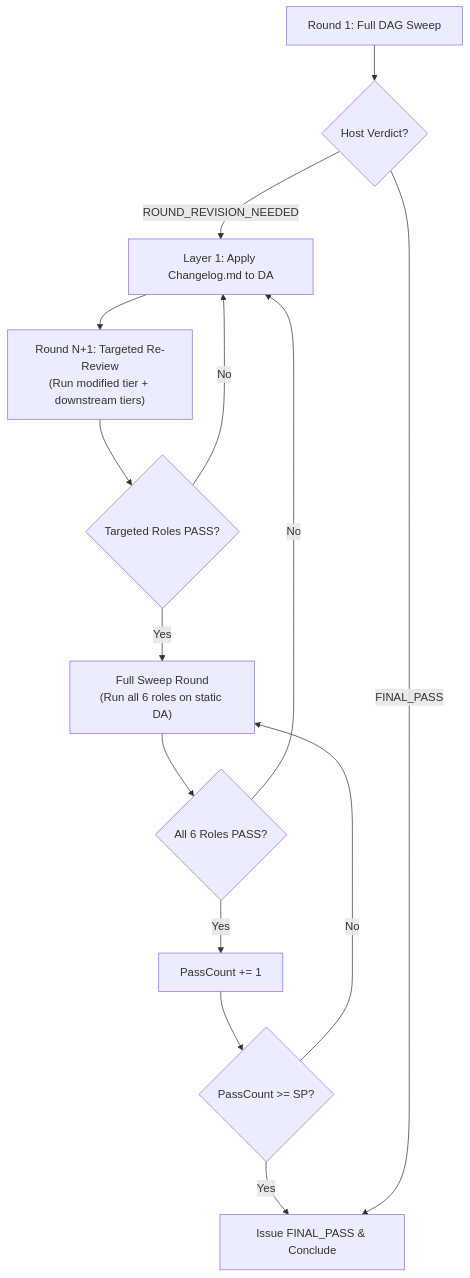
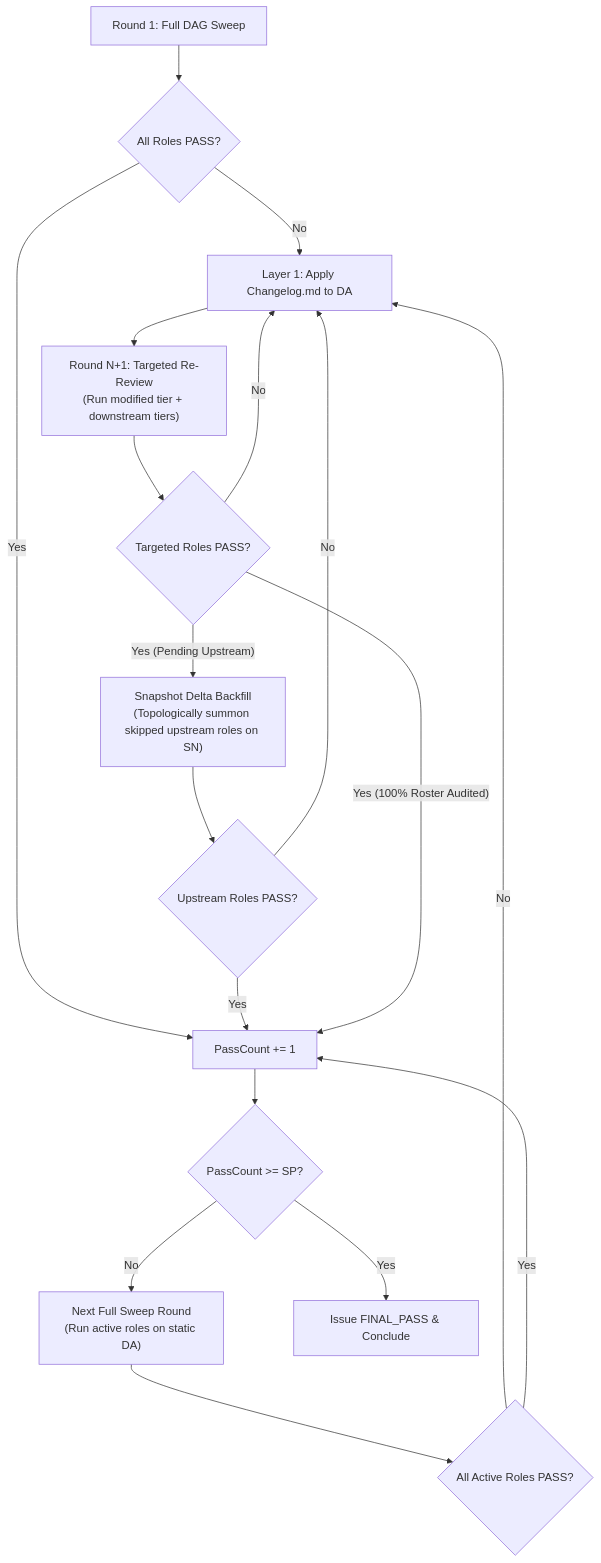
Before and after one commit to loerei/YumeShelf: the diagram in .agents/skills/conduct-deep-reviewing-loop/SKILL.md, drawn with Mermaid. The commit also changed other lines of this file and 153 other files, not shown here.

````diff
--- a/.agents/skills/conduct-deep-reviewing-loop/SKILL.md
+++ b/.agents/skills/conduct-deep-reviewing-loop/SKILL.md
@@ -20,16 +20,21 @@
 ```mermaid
 flowchart TD
-    Start["Round 1: Full DAG Sweep"] --> Eval{"Host Verdict?"}
-    Eval -->|"ROUND_REVISION_NEEDED"| Apply["Layer 1: Apply Changelog.md to DA"]
+    Start["Round 1: Full DAG Sweep"] --> Eval{"All Roles PASS?"}
+    Eval -->|"No"| Apply["Layer 1: Apply Changelog.md to DA"]
+    Eval -->|"Yes"| Accumulate["PassCount += 1"]
     Apply --> TargetRun["Round N+1: Targeted Re-Review<br/>(Run modified tier + downstream tiers)"]
-    TargetRun --> CheckTarget{"Targeted Roles PASS?"}
+    CheckTarget{"Targeted Roles PASS?"}
+    TargetRun --> CheckTarget
     CheckTarget -->|"No"| Apply
-    CheckTarget -->|"Yes"| FullSweep["Full Sweep Round<br/>(Run all 6 roles on static DA)"]
-    FullSweep --> SweepCheck{"All 6 Roles PASS?"}
+    CheckTarget -->|"Yes (Pending Upstream)"| Backfill["Snapshot Delta Backfill<br/>(Topologically summon skipped upstream roles on SN)"]
+    Backfill --> BackfillCheck{"Upstream Roles PASS?"}
+    BackfillCheck -->|"No"| Apply
+    BackfillCheck -->|"Yes"| Accumulate
+    CheckTarget -->|"Yes (100% Roster Audited)"| Accumulate
+    Accumulate --> SPCheck{"PassCount >= SP?"}
+    SPCheck -->|"No"| FullSweep["Next Full Sweep Round<br/>(Run active roles on static DA)"]
+    FullSweep --> SweepCheck{"All Active Roles PASS?"}
     SweepCheck -->|"No"| Apply
-    SweepCheck -->|"Yes"| Accumulate["PassCount += 1"]
-    Accumulate --> SPCheck{"PassCount >= SP?"}
-    SPCheck -->|"No"| FullSweep
+    SweepCheck -->|"Yes"| Accumulate
     SPCheck -->|"Yes"| FinalPass["Issue FINAL_PASS & Conclude"]
-    Eval -->|"FINAL_PASS"| FinalPass
 ```
````
